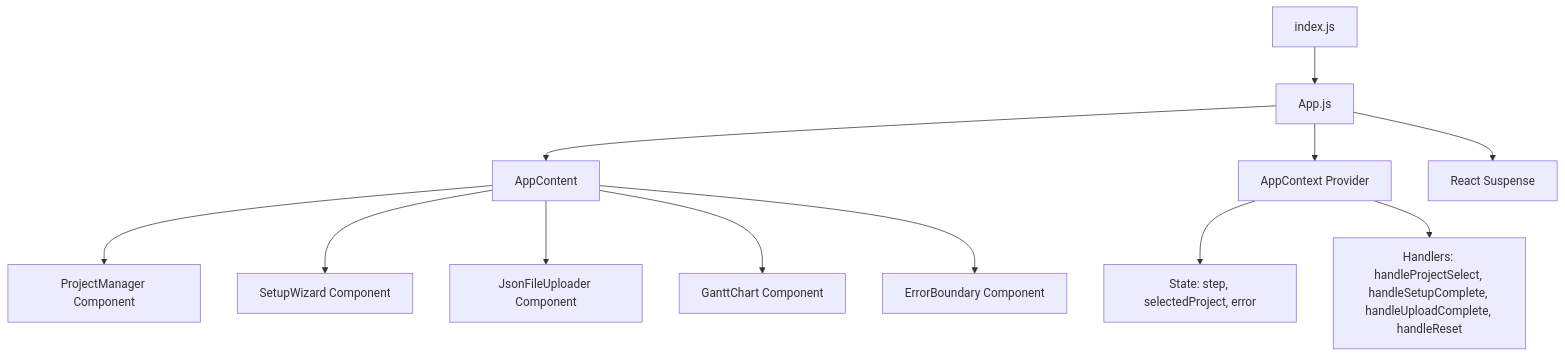
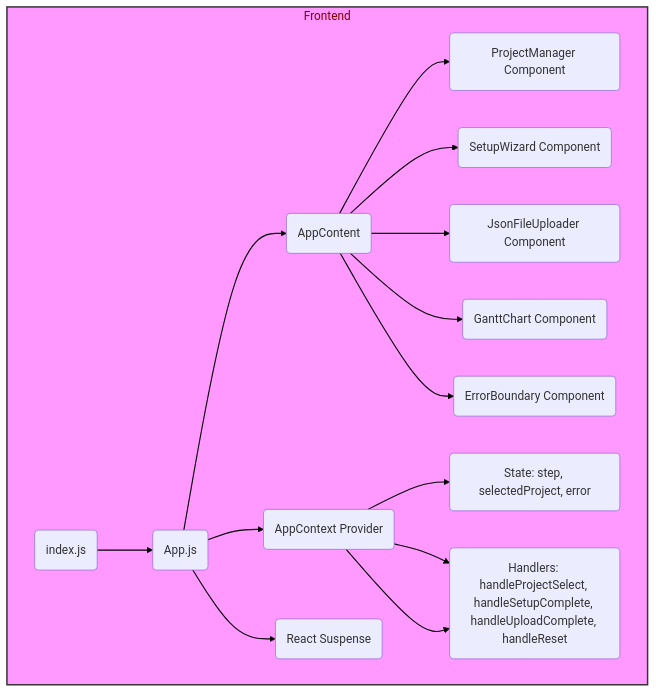
The fourth of 11 diagrams in Docs/entire_project/architecture.md (Shakour-Data/ProjectManagement), drawn with Mermaid before and after one commit. The commit also changed other lines of this file, not shown here.

````diff
--- a/Docs/entire_project/architecture.md
+++ b/Docs/entire_project/architecture.md
@@ -110,14 +184,32 @@
 ```mermaid
 graph TD
-    IDX[index.js] --> APP[App.js]
-    APP --> APPC[AppContent]
-    APP --> APPCONTX[AppContext Provider]
-    APP --> SUSP[React Suspense]
-    APPC --> PM[ProjectManager Component]
-    APPC --> SW[SetupWizard Component]
-    APPC --> JFU[JsonFileUploader Component]
-    APPC --> GC[GanttChart Component]
-    APPC --> EB[ErrorBoundary Component]
-    APPCONTX --> STATE[State: step, selectedProject, error]
-    APPCONTX --> HANDLERS[Handlers: handleProjectSelect, handleSetupComplete, handleUploadComplete, handleReset]
+    linkStyle default stroke:#000,stroke-width:1.5px
+    subgraph Frontend
+        style Frontend fill:#f9f,stroke:#333,stroke-width:2px,color:#800000
+        IDX(index.js)
+        APP(App.js)
+        APPC(AppContent)
+        APPCONTX(AppContext Provider)
+        SUSP(React Suspense)
+        PM(ProjectManager Component)
+        SW(SetupWizard Component)
+        JFU(JsonFileUploader Component)
+        GC(GanttChart Component)
+        EB(ErrorBoundary Component)
+        STATE(State: step, selectedProject, error)
+        HANDLERS(Handlers: handleProjectSelect, handleSetupComplete, handleUploadComplete, handleReset)
+    end
+
+    IDX --> APP
+    APP --> APPC
+    APP --> APPCONTX
+    APP --> SUSP
+    APPC --> PM
+    APPC --> SW
+    APPC --> JFU
+    APPC --> GC
+    APPC --> EB
+    APPCONTX --> STATE
+    APPCONTX --> HANDLERS
+    APPCONTX --> HANDLERS
 ```
````
